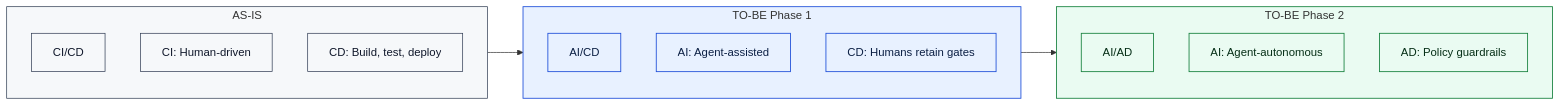
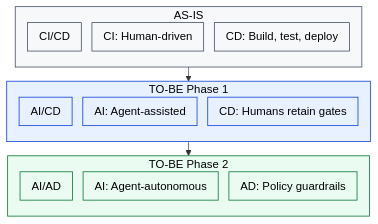
The first of 2 diagrams in docs/process/README.md (torbenanderson/icebox-cli), drawn with Mermaid before and after one commit. The commit also changed other lines of this file, not shown here.

Commit message:
docs(process): improve mermaid diagrams and add intros
- Match first diagram styling to lifecycle flowchart (step/gate/done colors)
- Change delivery evolution to TB layout for better readability
- Set box text and subgraph titles to black
- Add init config to reduce flowchart white space
- Add Operating Model and Gate-Step Map intro paragraphs
- Link gate-step map to skills folder

````diff
--- a/docs/process/README.md
+++ b/docs/process/README.md
@@ -13,29 +13,30 @@
 ```mermaid
-flowchart LR
-  classDef step fill:#F6F8FA,stroke:#2F3B52,stroke-width:1px,color:#0F172A;
-  classDef gate fill:#E8F1FF,stroke:#1D4ED8,stroke-width:1.2px,color:#0B1F44;
-  classDef done fill:#EAFBF2,stroke:#15803D,stroke-width:1.2px,color:#052E16;
+%%{init: {'flowchart': {'padding': 8, 'nodeSpacing': 15, 'rankSpacing': 20}}}%%
+flowchart TB
+  classDef step fill:#F6F8FA,stroke:#2F3B52,stroke-width:1px,color:#000000;
+  classDef gate fill:#E8F1FF,stroke:#1D4ED8,stroke-width:1.2px,color:#000000;
+  classDef done fill:#EAFBF2,stroke:#15803D,stroke-width:1.2px,color:#000000;
 
   subgraph ASIS["AS-IS"]
     direction TB
     C0[CI/CD]:::step
     C1[CI: Human-driven]:::step
     C2[CD: Build, test, deploy]:::step
   end
   subgraph TOBE1["TO-BE Phase 1"]
     direction TB
     A0[AI/CD]:::gate
     A1[AI: Agent-assisted]:::gate
     A2[CD: Humans retain gates]:::gate
   end
   subgraph TOBE2["TO-BE Phase 2"]
     direction TB
     D0[AI/AD]:::done
     D1[AI: Agent-autonomous]:::done
     D2[AD: Policy guardrails]:::done
   end
   ASIS --> TOBE1 --> TOBE2
-  style ASIS fill:#F6F8FA,stroke:#2F3B52,stroke-width:1px
-  style TOBE1 fill:#E8F1FF,stroke:#1D4ED8,stroke-width:1.2px
-  style TOBE2 fill:#EAFBF2,stroke:#15803D,stroke-width:1.2px
+  style ASIS fill:#F6F8FA,stroke:#2F3B52,stroke-width:1px,color:#000000
+  style TOBE1 fill:#E8F1FF,stroke:#1D4ED8,stroke-width:1.2px,color:#000000
+  style TOBE2 fill:#EAFBF2,stroke:#15803D,stroke-width:1.2px,color:#000000
 ```
````
